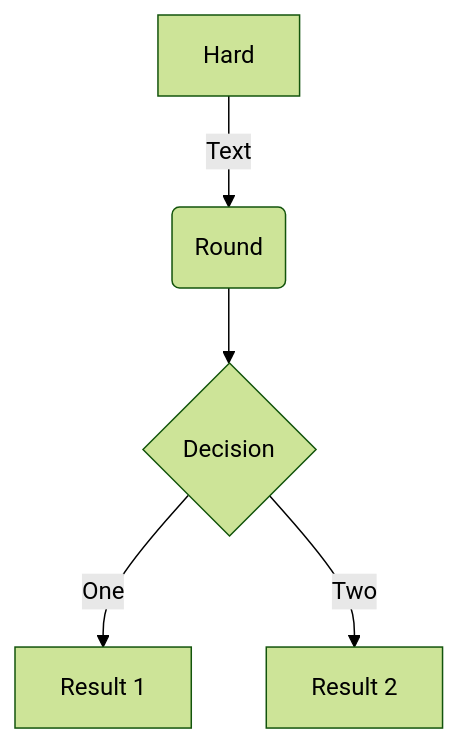
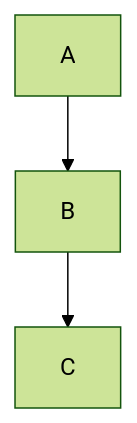
Before and after one commit to share121/ablog: the diagram in doc/1.首页.index.md, drawn with Mermaid (forest theme). The commit also changed other lines of this file and 6 other files, not shown here.

````diff
--- a/doc/1.首页.index.md
+++ b/doc/1.首页.index.md
@@ -415,7 +413,5 @@
 ```mermaid
 flowchart TD
-    A[Hard] -->|Text| B(Round)
-    B --> C{Decision}
-    C -->|One| D[Result 1]
-    C -->|Two| E[Result 2]
+    A --> B
+    B --> C
 ```
````
